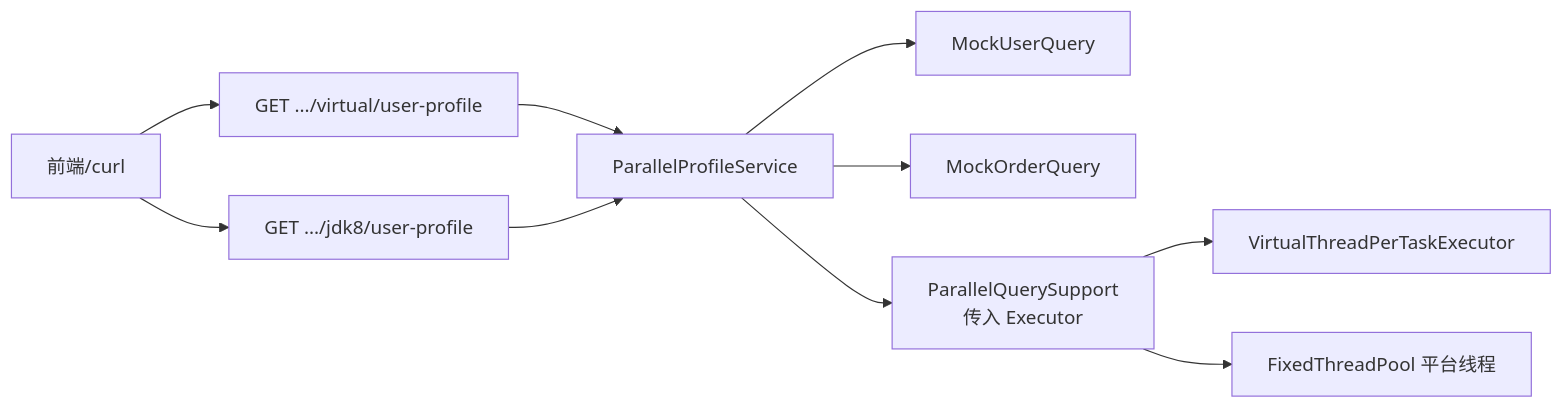
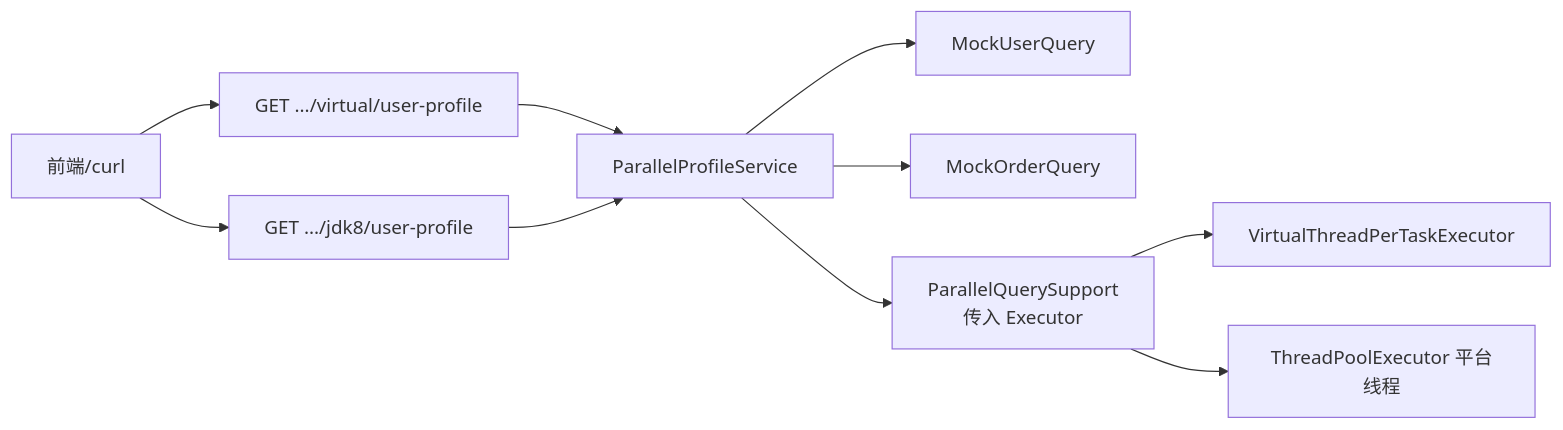
One commit to jasonsoso/spring-ai-demo changed the diagram in demo2/docs/superpowers/specs/2026-08-05-parallel-query-aggregate-design.md. Above: the diagram before and after it, drawn with Mermaid. The commit also changed other lines of this file, not shown here.

First line of the commit message:
docs(demo2): use ThreadPoolExecutor for JDK8 parallel demo

````diff
--- a/demo2/docs/superpowers/specs/2026-08-05-parallel-query-aggregate-design.md
+++ b/demo2/docs/superpowers/specs/2026-08-05-parallel-query-aggregate-design.md
@@ -58,12 +59,12 @@
 ```mermaid
 flowchart LR
   C[前端/curl] --> V["GET .../virtual/user-profile"]
   C --> J["GET .../jdk8/user-profile"]
   V --> S[ParallelProfileService]
   J --> S
   S --> U[MockUserQuery]
   S --> O[MockOrderQuery]
   S --> T["ParallelQuerySupport\n传入 Executor"]
   T --> E1[VirtualThreadPerTaskExecutor]
-  T --> E2[FixedThreadPool 平台线程]
+  T --> E2[ThreadPoolExecutor 平台线程]
 ```
````
